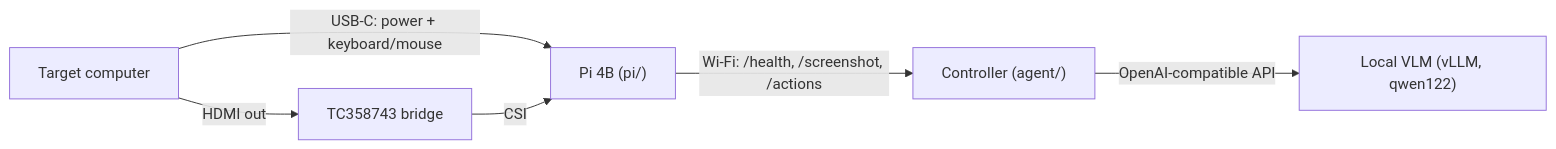
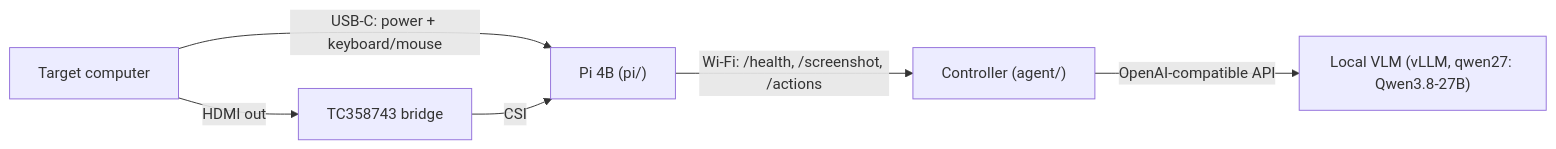
The diagram in README.md (Sebastian-Alexis/kevin), drawn with Mermaid before and after one commit. The commit also changed 5 other files, not shown here.

Commit message:
agent: default local model qwen27 (Qwen3.8-27B NVFP4 + MTP on vLLM); document the service in provisioning/local-model.md

````diff
--- a/README.md
+++ b/README.md
@@ -8,7 +8,7 @@
 ```mermaid
 graph LR
   T["Target computer"] -- "USB-C: power + keyboard/mouse" --> P["Pi 4B (pi/)"]
   T -- "HDMI out" --> B["TC358743 bridge"] -- CSI --> P
   P -- "Wi-Fi: /health, /screenshot, /actions" --> C["Controller (agent/)"]
-  C -- "OpenAI-compatible API" --> M["Local VLM (vLLM, qwen122)"]
+  C -- "OpenAI-compatible API" --> M["Local VLM (vLLM, qwen27: Qwen3.8-27B)"]
 ```
````
